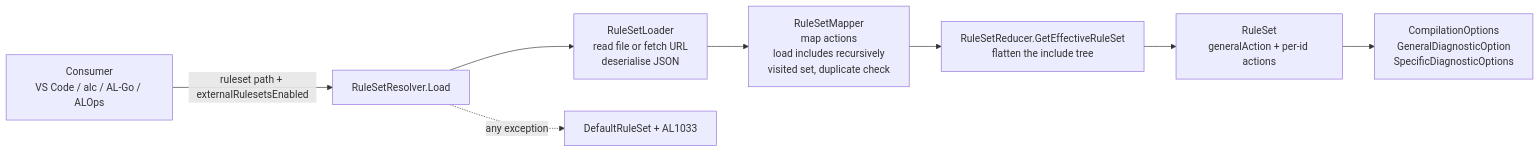
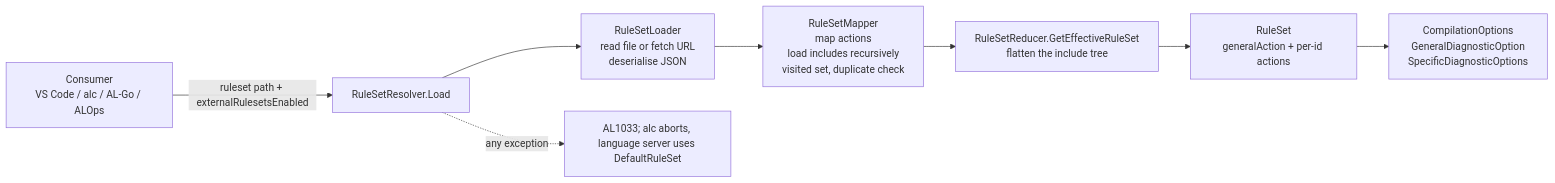
The diagram in docs/reference/compiler-ruleset-internals.md (ALCops/rulebook-engine), drawn with Mermaid before and after one commit. The commit also changed other lines of this file and 6 other files, not shown here.

````diff
--- a/docs/reference/compiler-ruleset-internals.md
+++ b/docs/reference/compiler-ruleset-internals.md
@@ -79,10 +79,10 @@
 ```mermaid
 flowchart LR
     A[Consumer<br/>VS Code / alc / AL-Go / ALOps] -->|ruleset path + externalRulesetsEnabled| B[RuleSetResolver.Load]
     B --> C[RuleSetLoader<br/>read file or fetch URL<br/>deserialise JSON]
     C --> D[RuleSetMapper<br/>map actions<br/>load includes recursively<br/>visited set, duplicate check]
     D --> E[RuleSetReducer.GetEffectiveRuleSet<br/>flatten the include tree]
     E --> F[RuleSet<br/>generalAction + per-id actions]
     F --> G[CompilationOptions<br/>GeneralDiagnosticOption<br/>SpecificDiagnosticOptions]
-    B -.->|any exception| H[DefaultRuleSet + AL1033]
+    B -.->|any exception| H["AL1033; alc aborts, language server uses DefaultRuleSet"]
 ```
````
